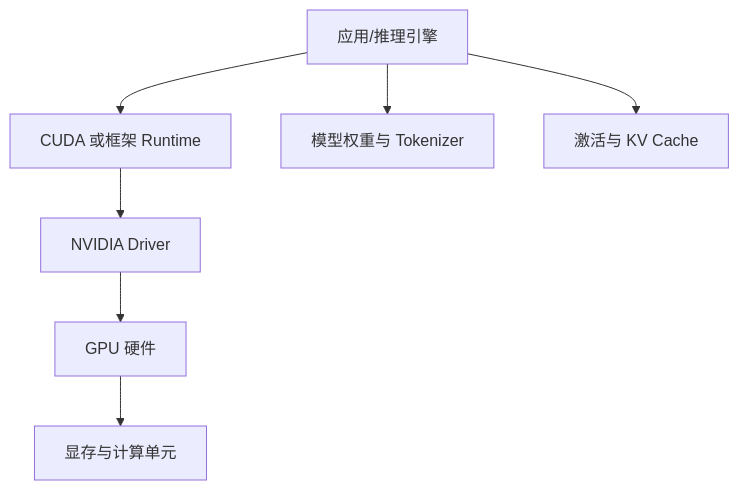
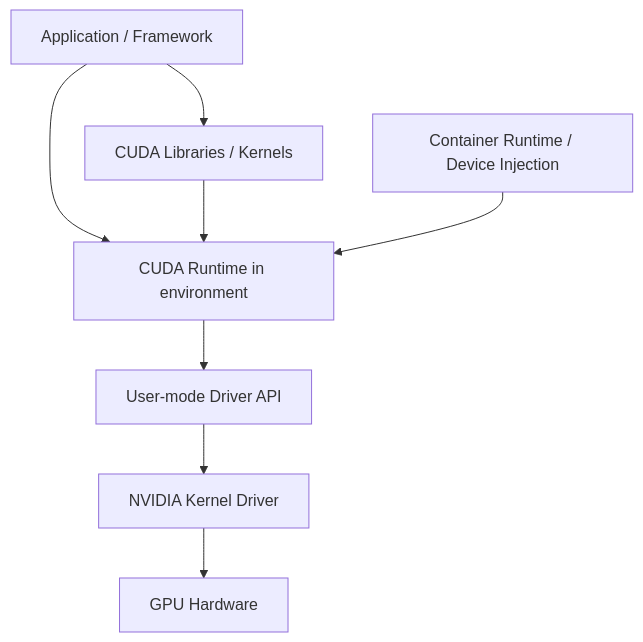
One commit to upJiang/jiang-blog-vitepress changed the diagram in docs/devops/gpu-cuda-vram-nvidia-smi.md. Above: the diagram before and after it, drawn with Mermaid. The commit also changed other lines of this file and 425 other files, not shown here.

````diff
--- a/docs/devops/gpu-cuda-vram-nvidia-smi.md
+++ b/docs/devops/gpu-cuda-vram-nvidia-smi.md
@@ -32,9 +34,10 @@
 ```mermaid
-flowchart TB
-  A[应用/推理引擎] --> B[CUDA 或框架 Runtime]
-  B --> C[NVIDIA Driver]
-  C --> D[GPU 硬件]
-  A --> E[模型权重与 Tokenizer]
-  A --> F[激活与 KV Cache]
-  D --> G[显存与计算单元]
+flowchart TD
+  A[Application / Framework] --> R[CUDA Runtime in environment]
+  R --> D[User-mode Driver API]
+  D --> K[NVIDIA Kernel Driver]
+  K --> G[GPU Hardware]
+  A --> L[CUDA Libraries / Kernels]
+  L --> R
+  O[Container Runtime / Device Injection] --> R
 ```
````
